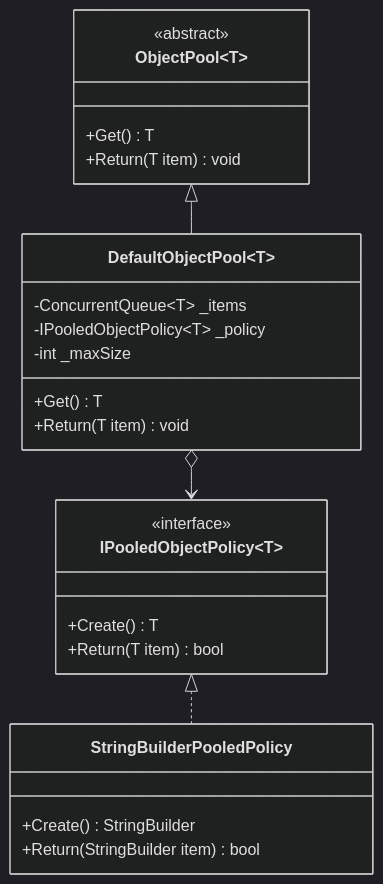
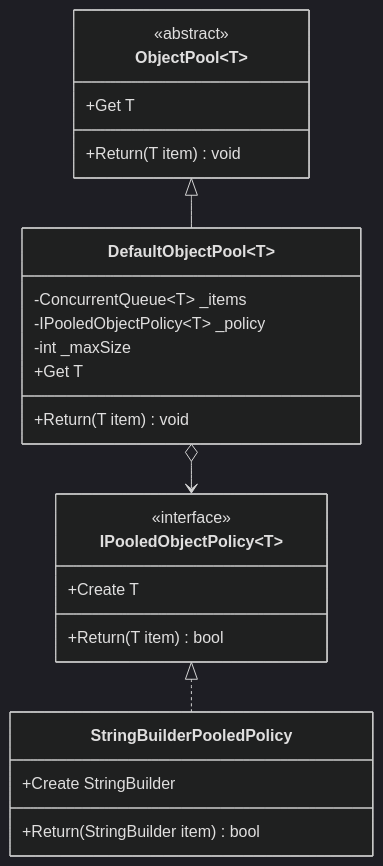
The fifth of 6 diagrams in 01-CSharp/01-CLR-JIT-GC-Memory-Management.md (umashankarp/InterviewQuestions), drawn with Mermaid (dark theme) before and after one commit. The commit also changed other lines of this file and 173 other files, not shown here.

````diff
--- a/01-CSharp/01-CLR-JIT-GC-Memory-Management.md
+++ b/01-CSharp/01-CLR-JIT-GC-Memory-Management.md
@@ -587,27 +587,27 @@
 ```mermaid
 classDiagram
-    class ObjectPool~T~ {
-        <<abstract>>
-        +Get() T
-        +Return(T item) void
-    }
-    class DefaultObjectPool~T~ {
-        -ConcurrentQueue~T~ _items
-        -IPooledObjectPolicy~T~ _policy
-        -int _maxSize
-        +Get() T
-        +Return(T item) void
-    }
-    class IPooledObjectPolicy~T~ {
-        <<interface>>
-        +Create() T
-        +Return(T item) bool
-    }
-    class StringBuilderPooledPolicy {
-        +Create() StringBuilder
-        +Return(StringBuilder item) bool
-    }
-    ObjectPool~T~ <|-- DefaultObjectPool~T~
-    DefaultObjectPool~T~ o--> IPooledObjectPolicy~T~
-    IPooledObjectPolicy~T~ <|.. StringBuilderPooledPolicy
+ class ObjectPool~T~ {
+ <<abstract>>
+ +Get T
+ +Return(T item) void
+ }
+ class DefaultObjectPool~T~ {
+ -ConcurrentQueue~T~ _items
+ -IPooledObjectPolicy~T~ _policy
+ -int _maxSize
+ +Get T
+ +Return(T item) void
+ }
+ class IPooledObjectPolicy~T~ {
+ <<interface>>
+ +Create T
+ +Return(T item) bool
+ }
+ class StringBuilderPooledPolicy {
+ +Create StringBuilder
+ +Return(StringBuilder item) bool
+ }
+ ObjectPool~T~ <|-- DefaultObjectPool~T~
+ DefaultObjectPool~T~ o--> IPooledObjectPolicy~T~
+ IPooledObjectPolicy~T~ <|.. StringBuilderPooledPolicy
 ```
````
